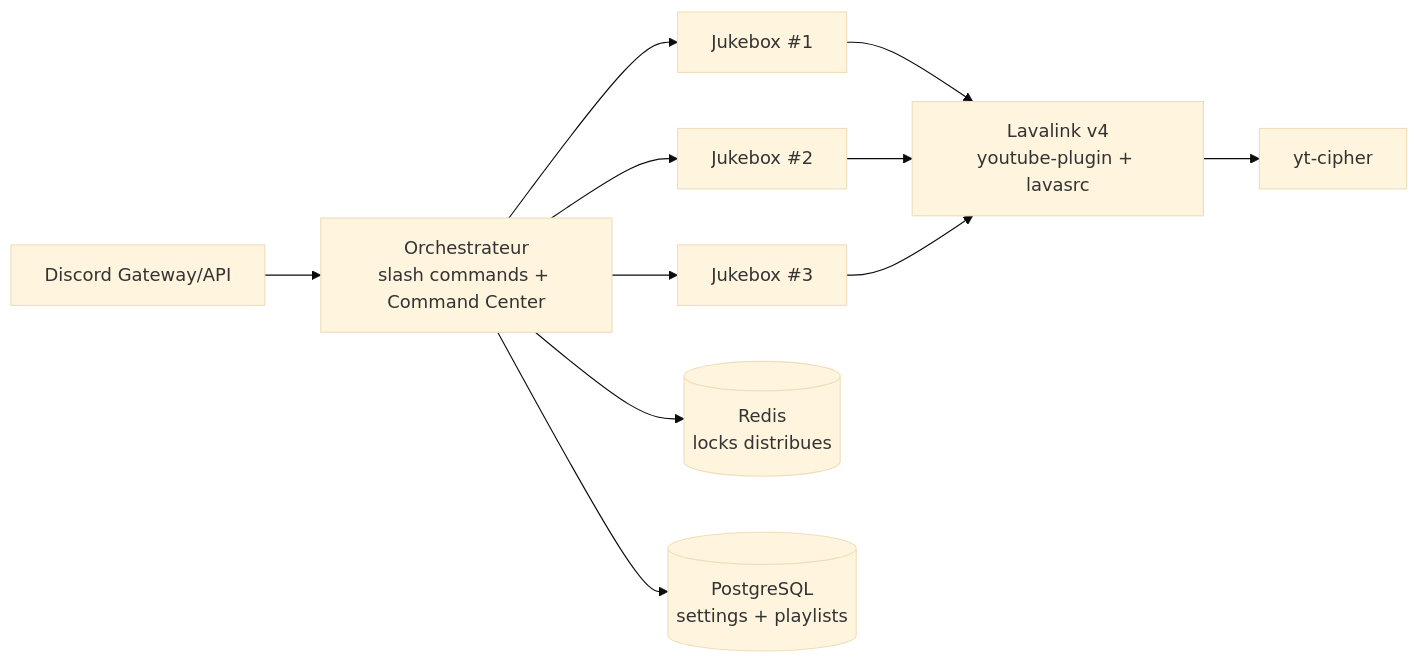
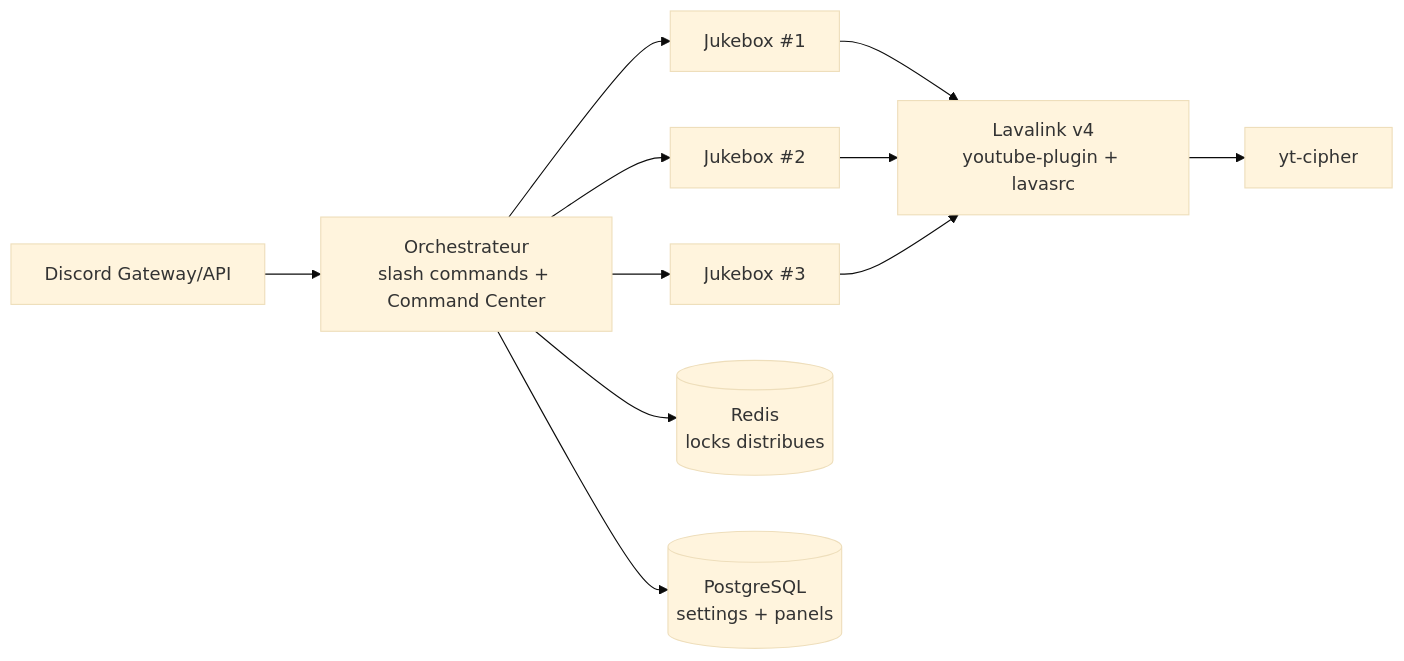
One commit to BYTOOX/discord-bot changed the diagram in README.md. Above: the diagram before and after it, drawn with Mermaid (base theme). The commit also changed other lines of this file and 12 other files, not shown here.

````diff
--- a/README.md
+++ b/README.md
@@ -71,13 +71,13 @@
 ```mermaid
 flowchart LR
     D[Discord Gateway/API] --> O[Orchestrateur\nslash commands + Command Center]
     O --> J1[Jukebox #1]
     O --> J2[Jukebox #2]
     O --> J3[Jukebox #3]
     O --> R[(Redis\nlocks distribues)]
-    O --> P[(PostgreSQL\nsettings + playlists)]
+    O --> P[(PostgreSQL\nsettings + panels)]
     J1 --> L[Lavalink v4\nyoutube-plugin + lavasrc]
     J2 --> L
     J3 --> L
     L --> C[yt-cipher]
 ```
````
